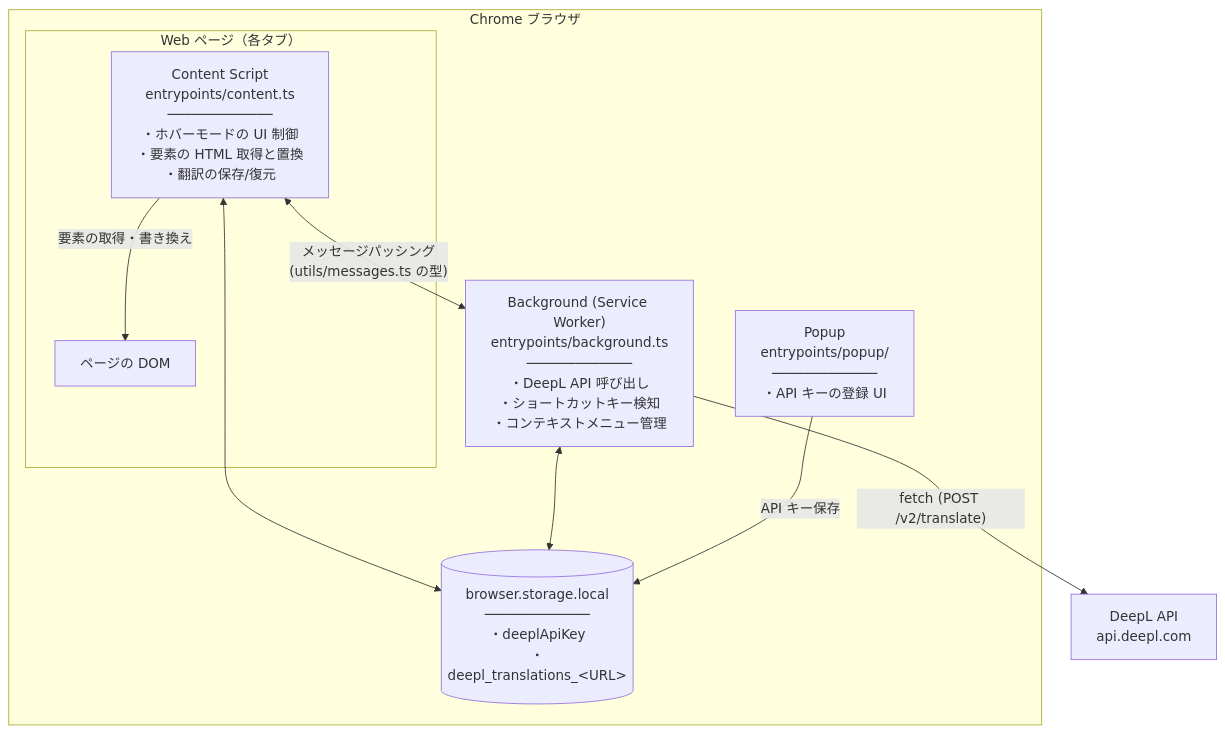
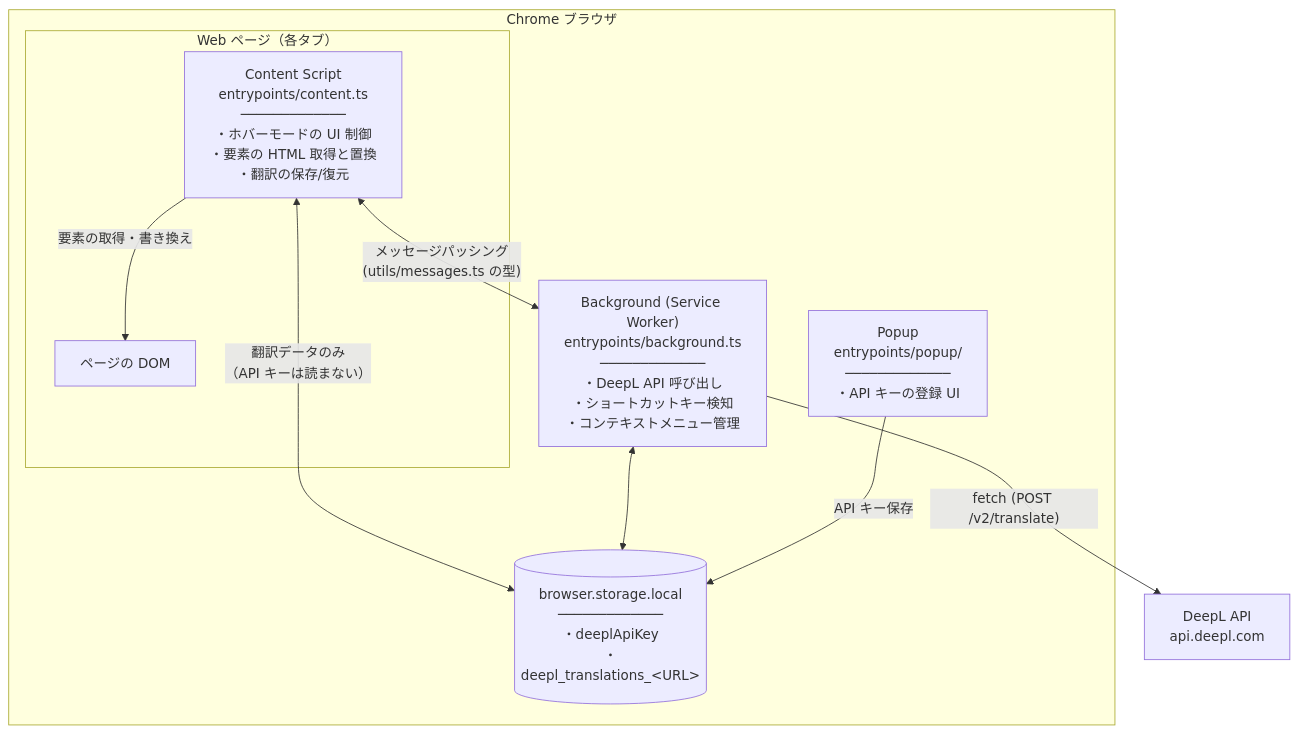
One commit to shu-pf/deepl-chrome-extension changed the first of 3 diagrams in README.md. Above: the diagram before and after it, drawn with Mermaid. The commit also changed other lines of this file and 18 other files, not shown here.

````diff
--- a/README.md
+++ b/README.md
@@ -30,24 +31,24 @@
 ```mermaid
 graph TB
     subgraph Browser["Chrome ブラウザ"]
         subgraph Page["Web ページ（各タブ）"]
             DOM["ページの DOM"]
             CS["Content Script<br/>entrypoints/content.ts<br/>─────────────<br/>・ホバーモードの UI 制御<br/>・要素の HTML 取得と置換<br/>・翻訳の保存/復元"]
             CS -->|"要素の取得・書き換え"| DOM
         end
 
         BG["Background (Service Worker)<br/>entrypoints/background.ts<br/>─────────────<br/>・DeepL API 呼び出し<br/>・ショートカットキー検知<br/>・コンテキストメニュー管理"]
 
         Popup["Popup<br/>entrypoints/popup/<br/>─────────────<br/>・API キーの登録 UI"]
 
         Storage[("browser.storage.local<br/>─────────────<br/>・deeplApiKey<br/>・deepl_translations_&lt;URL&gt;")]
     end
 
     DeepL["DeepL API<br/>api.deepl.com"]
 
     CS <-->|"メッセージパッシング<br/>(utils/messages.ts の型)"| BG
     BG -->|"fetch (POST /v2/translate)"| DeepL
-    CS <--> Storage
+    CS <-->|"翻訳データのみ<br/>（API キーは読まない）"| Storage
     BG <--> Storage
     Popup -->|"API キー保存"| Storage
 ```
````
